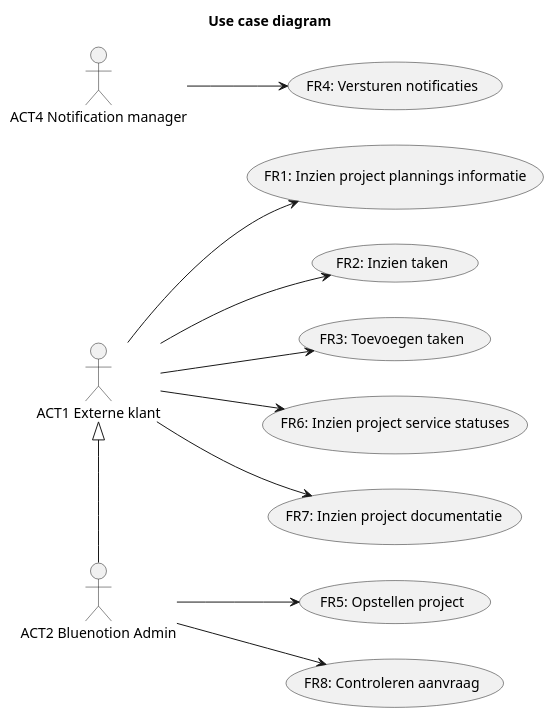
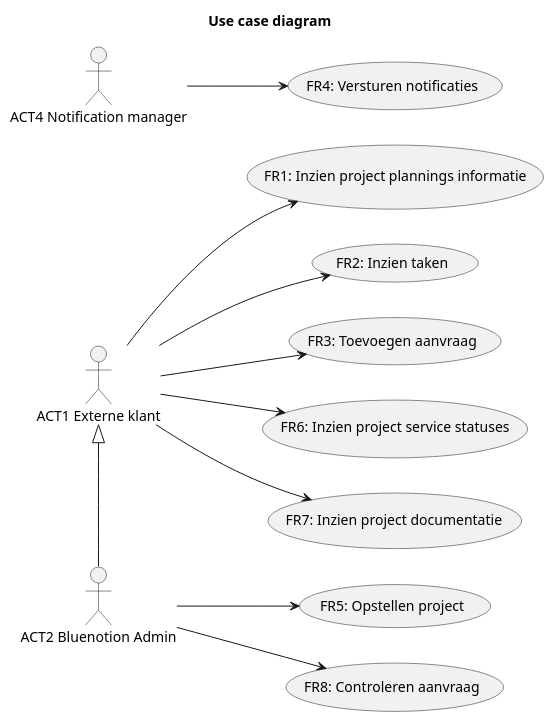
Before and after one commit to DCReceveur/pre-afstudeer-docs: the third of 3 diagrams in Documentatie/FunctioneelOntwerp.md, drawn with PlantUML. The commit also changed other lines of this file, not shown here.

Commit message:
taak/aanvraag verwarring

````diff
--- a/Documentatie/FunctioneelOntwerp.md
+++ b/Documentatie/FunctioneelOntwerp.md
@@ -300,30 +301,30 @@
 ```plantuml
 title Use case diagram
 left to right direction
 
 :ACT1 Externe klant: as KL
 :ACT2 Bluenotion Admin: as ADM
 :ACT4 Notification manager: as Notification
 
 (FR1: Inzien project plannings informatie) as FR1
 (FR2: Inzien taken) as FR2
-(FR3: Toevoegen taken) as FR3
+(FR3: Toevoegen aanvraag) as FR3
 (FR4: Versturen notificaties) as FR4
 (FR5: Opstellen project) as FR5
 (FR6: Inzien project service statuses) as FR6
 (FR7: Inzien project documentatie) as FR7
 (FR8: Controleren aanvraag) as FR8
 
 KL -DOWN-> FR1
 KL -DOWN-> FR2
 KL -DOWN-> FR3
 KL -DOWN-> FR6
 KL -DOWN-> FR7
 
 ADM-DOWN->FR5
 ADM-DOWN->FR8
 Notification-DOWN->FR4
 
 ADM-LEFT-|>KL
 
 ```
````
